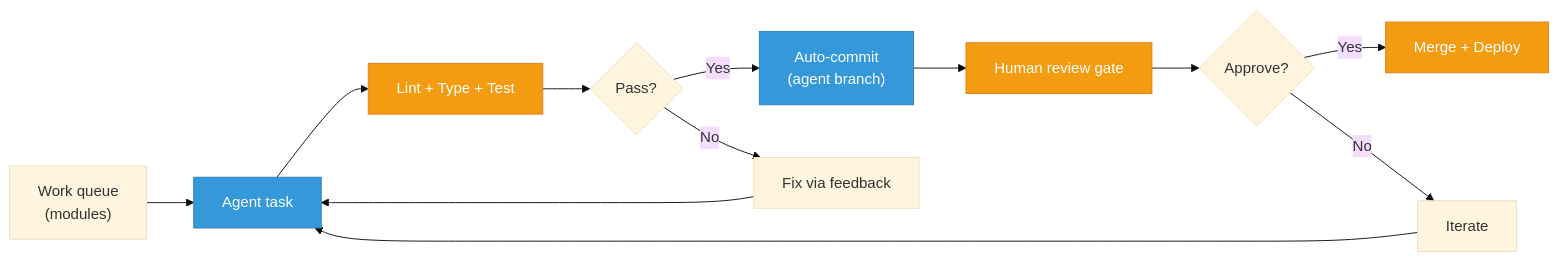
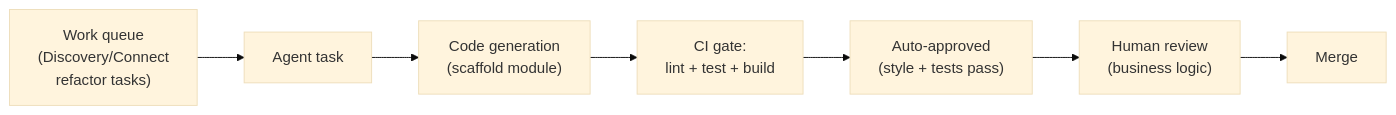
One commit to shende-shweta/FSDKC changed the second of 3 diagrams in docs/discovery/08-technical-debt.md. Above: the diagram before and after it, drawn with Mermaid (base theme). The commit also changed other lines of this file and 3 other files, not shown here.

````diff
--- a/docs/discovery/08-technical-debt.md
+++ b/docs/discovery/08-technical-debt.md
@@ -216,18 +207,9 @@
 ```mermaid
 flowchart LR
-  A["Work queue<br/>(modules)"] --> B["Agent task"]
-  B --> C["Lint + Type + Test"]
-  C --> D{Pass?}
-  D -->|Yes| E["Auto-commit<br/>(agent branch)"]
-  D -->|No| F["Fix via feedback"]
-  F --> B
-  E --> G["Human review gate"]
-  G --> H{Approve?}
-  H -->|Yes| I["Merge + Deploy"]
-  H -->|No| J["Iterate"]
-  J --> B
-  classDef agent fill:#3498db,stroke:#2980b9,color:#fff
-  classDef gate fill:#f39c12,stroke:#e67e22,color:#fff
-  class B,E agent
-  class C,G,I gate
+  A["Work queue<br/>(Discovery/Connect<br/>refactor tasks)"] --> B["Agent task"]
+  B --> C["Code generation<br/>(scaffold module)"]
+  C --> D["CI gate:<br/>lint + test + build"]
+  D --> E["Auto-approved<br/>(style + tests pass)"]
+  E --> F["Human review<br/>(business logic)"]
+  F --> G["Merge"]
 ```
````
